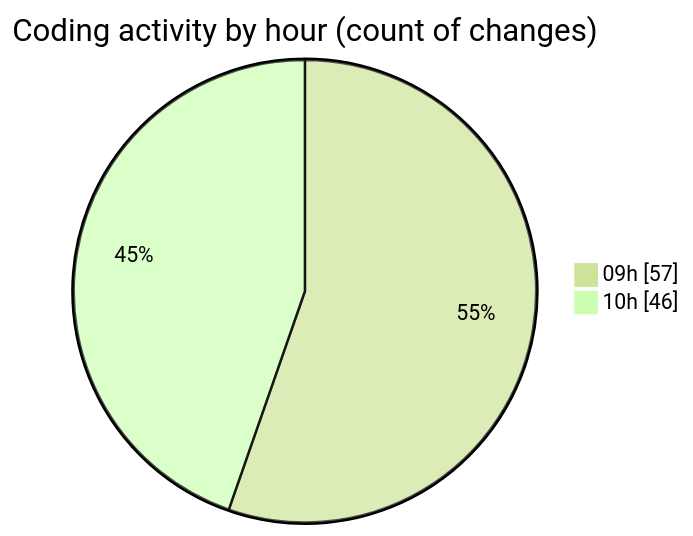
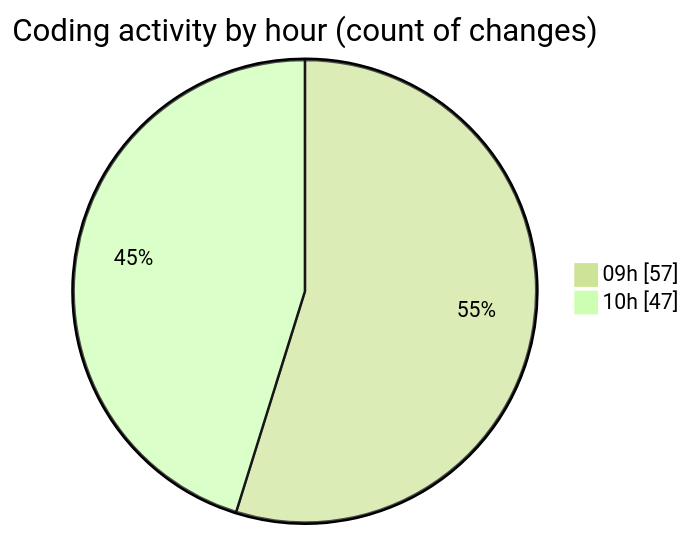
One commit to momahboobian/code-tracking changed the second of 2 diagrams in 2025-09-19/cda/README.md. Above: the diagram before and after it, drawn with Mermaid (forest theme). The commit also changed other lines of this file and 1 other file, not shown here.

````diff
--- a/2025-09-19/cda/README.md
+++ b/2025-09-19/cda/README.md
@@ -30,6 +30,6 @@
 ```mermaid
 pie showData
 title Coding activity by hour (count of changes)
 "09h" : 57
-"10h" : 46
+"10h" : 47
 ```
````
